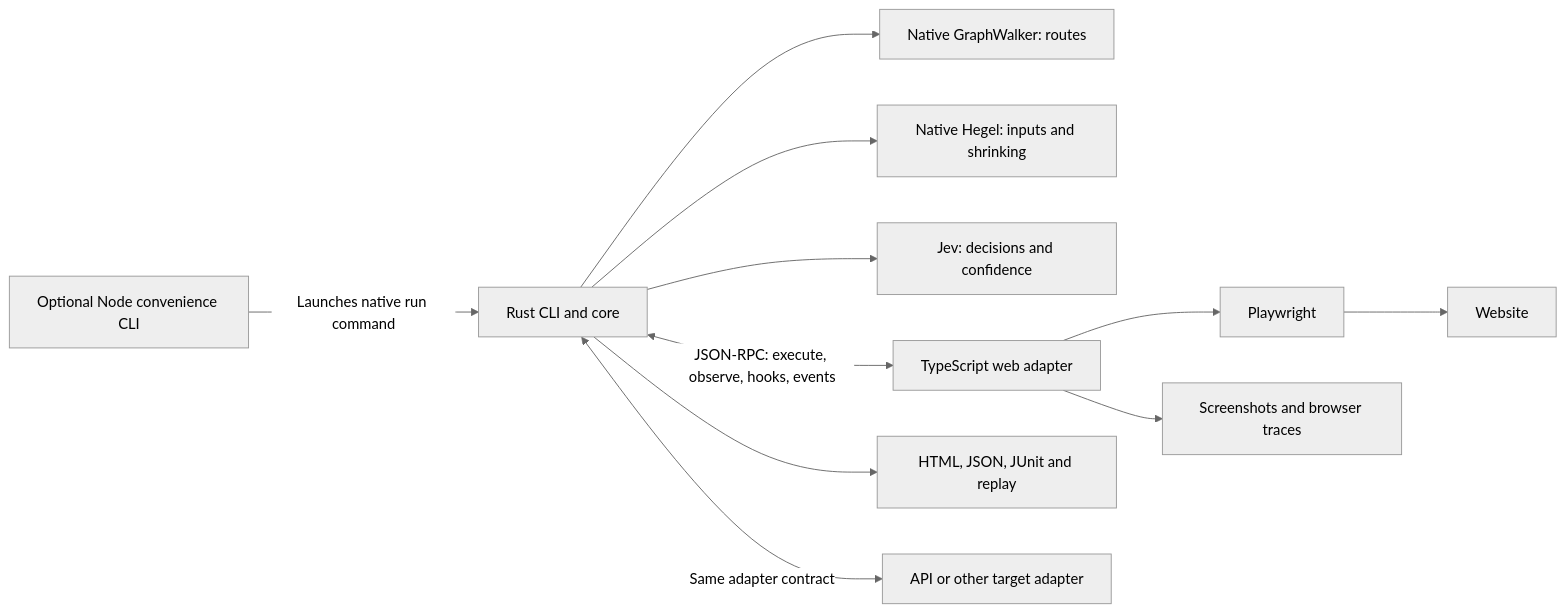
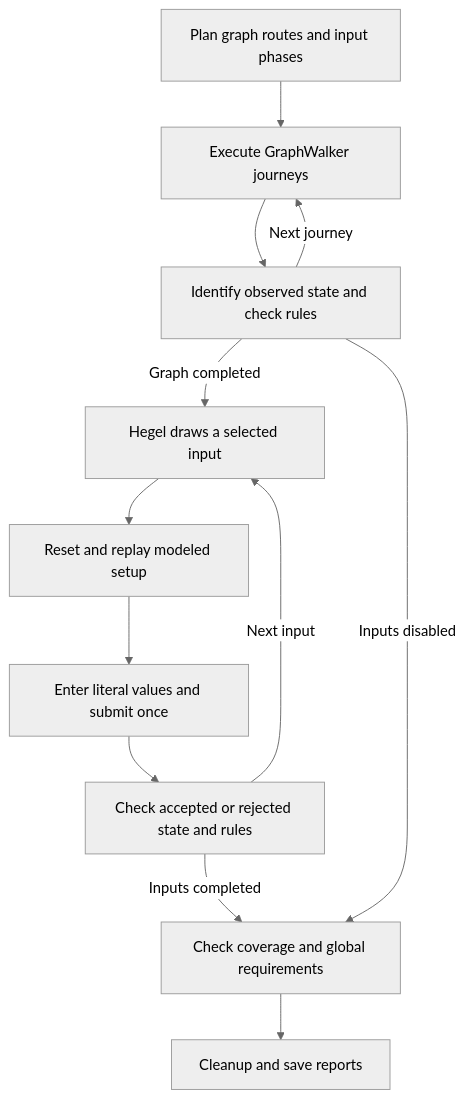
Before and after one commit to mattlock83/testwalker: the diagram in testwalker-web/docs/testing.md, drawn with Mermaid (neutral theme). The commit also changed other lines of this file and 48 other files, not shown here.

````diff
--- a/testwalker-web/docs/testing.md
+++ b/testwalker-web/docs/testing.md
@@ -253,13 +7,14 @@
 ```mermaid
-flowchart LR
-    CLI[Optional Node convenience CLI] -->|Launches native run command| CORE[Rust CLI and core]
-    CORE --> GW[Native GraphWalker: routes]
-    CORE --> HG[Native Hegel: inputs and shrinking]
-    CORE --> JEV[Jev: decisions and confidence]
-    CORE <-->|JSON-RPC: execute, observe, hooks, events| WEB[TypeScript web adapter]
-    WEB --> BU[Playwright]
-    BU --> SITE[Website]
-    WEB --> EVIDENCE[Screenshots and browser traces]
-    CORE --> REPORT[HTML, JSON, JUnit and replay]
-    CORE <-->|Same adapter contract| OTHER[API or other target adapter]
+flowchart TD
+  Plan[Plan graph routes and input phases] --> Walk[Execute GraphWalker journeys]
+  Walk --> Check[Identify observed state and check rules]
+  Check -->|Next journey| Walk
+  Check -->|Graph completed| Inputs[Hegel draws a selected input]
+  Inputs --> Reset[Reset and replay modeled setup]
+  Reset --> Submit[Enter literal values and submit once]
+  Submit --> Verify[Check accepted or rejected state and rules]
+  Verify -->|Next input| Inputs
+  Verify -->|Inputs completed| Audit[Check coverage and global requirements]
+  Check -->|Inputs disabled| Audit
+  Audit --> Report[Cleanup and save reports]
 ```
````
